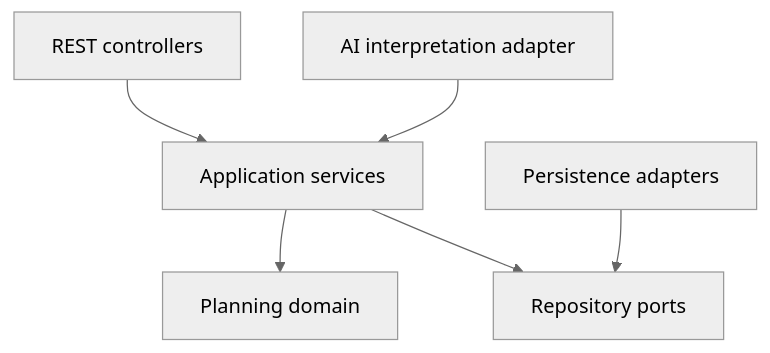
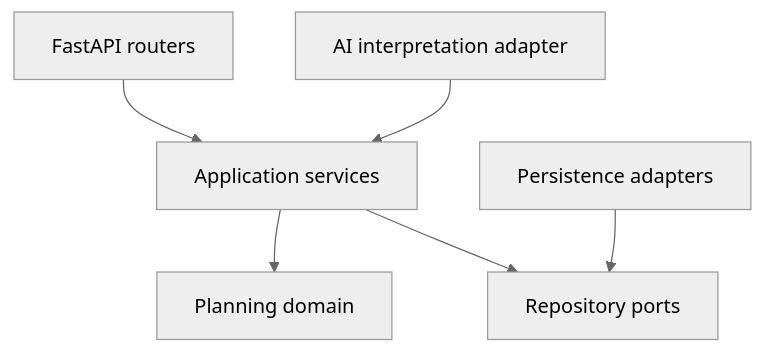
Before and after one commit to Plaminh/Blooming: the third of 4 diagrams in docs/06-architecture/container-component.md, drawn with Mermaid (neutral theme). The commit also changed other lines of this file and 47 other files, not shown here.

Commit message:
refactor: replace Spring Boot backend with FastAPI skeleton

````diff
--- a/docs/06-architecture/container-component.md
+++ b/docs/06-architecture/container-component.md
@@ -44,8 +48,8 @@
 ```mermaid
 flowchart TD
-    Controller["REST controllers"] --> AppService["Application services"]
+    Controller["FastAPI routers"] --> AppService["Application services"]
     AppService --> Domain["Planning domain"]
     AppService --> Repository["Repository ports"]
     Adapter["Persistence adapters"] --> Repository
     AI["AI interpretation adapter"] --> AppService
 ```
````
